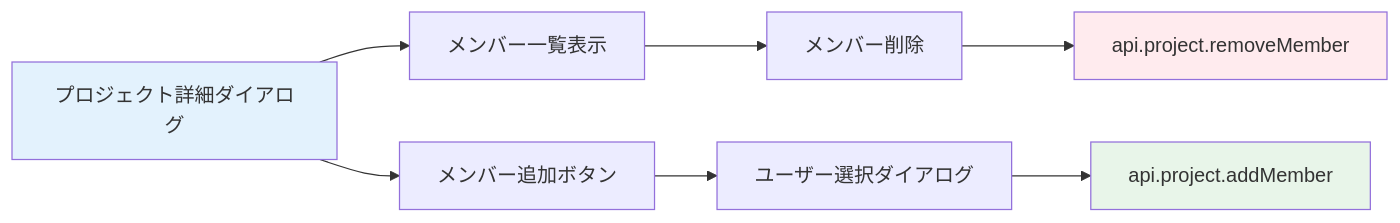
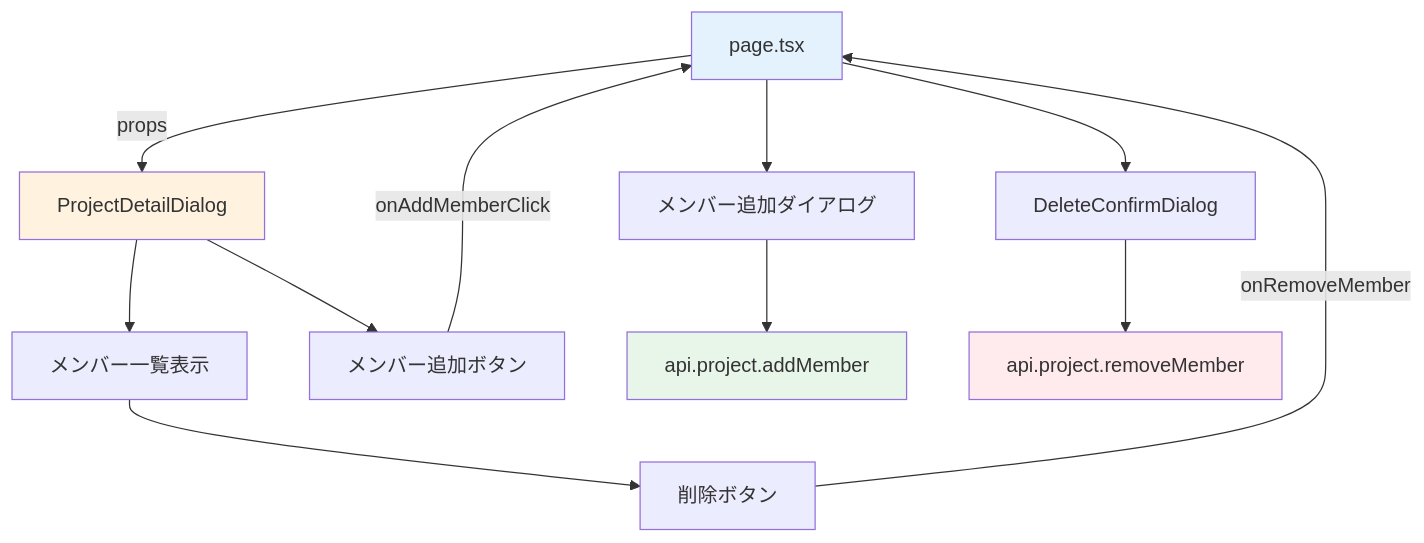
One commit to kouiso/task-app changed the diagram in material/30days-curriculum/day12_メンバー追加.md. Above: the diagram before and after it, drawn with Mermaid. The commit also changed other lines of this file and 65 other files, not shown here.

````diff
--- a/material/30days-curriculum/day12_メンバー追加.md
+++ b/material/30days-curriculum/day12_メンバー追加.md
@@ -23,13 +23,18 @@
 ```mermaid
-graph LR
-    A[プロジェクト詳細ダイアログ] --> B[メンバー一覧表示]
-    A --> C[メンバー追加ボタン]
-    C --> D[ユーザー選択ダイアログ]
-    D --> E[api.project.addMember]
-    B --> F[メンバー削除]
-    F --> G[api.project.removeMember]
+flowchart TD
+    A[page.tsx] -->|props| B[ProjectDetailDialog]
+    B --> C[メンバー一覧表示]
+    B --> D[メンバー追加ボタン]
+    D -->|onAddMemberClick| A
+    A --> E[メンバー追加ダイアログ]
+    E --> F[api.project.addMember]
+    C --> G[削除ボタン]
+    G -->|onRemoveMember| A
+    A --> H[DeleteConfirmDialog]
+    H --> I[api.project.removeMember]
 
     style A fill:#e3f2fd
-    style E fill:#e8f5e9
-    style G fill:#ffebee
+    style B fill:#fff3e0
+    style F fill:#e8f5e9
+    style I fill:#ffebee
 ```
````
